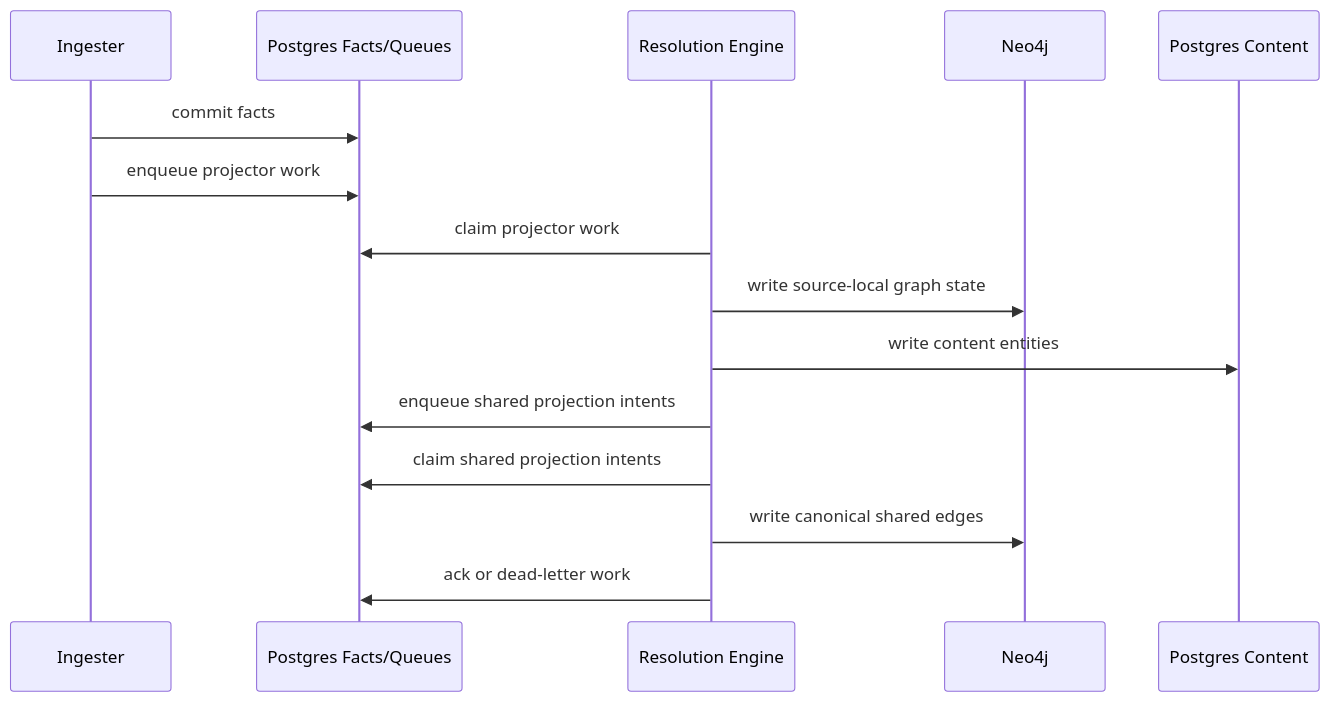
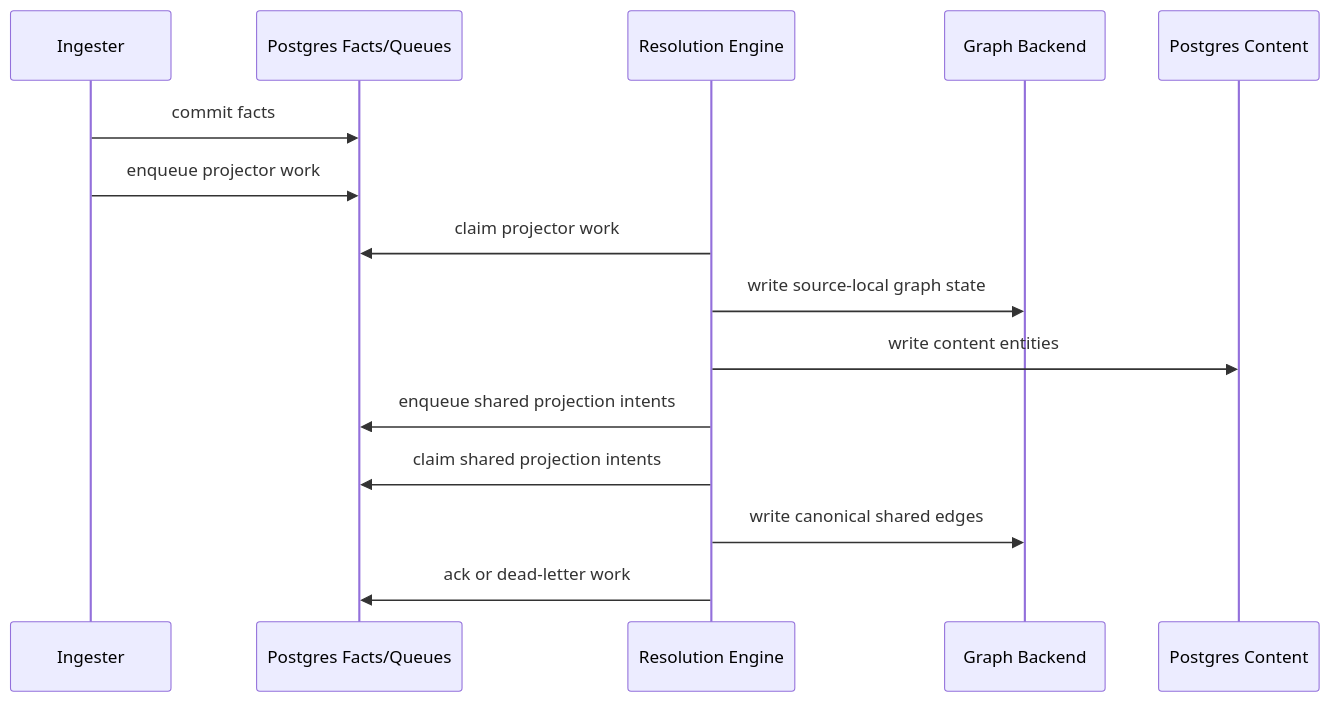
One commit to platformcontext/platform-context-graph changed the second of 3 diagrams in docs/docs/architecture.md. Above: the diagram before and after it, drawn with Mermaid. The commit also changed other lines of this file and 153 other files, not shown here.

````diff
--- a/docs/docs/architecture.md
+++ b/docs/docs/architecture.md
@@ -168,18 +174,18 @@
 ```mermaid
 sequenceDiagram
   participant Ingester
   participant Postgres as Postgres Facts/Queues
   participant Reducer as Resolution Engine
-  participant Neo4j
+  participant Graph as Graph Backend
   participant Content as Postgres Content
 
   Ingester->>Postgres: commit facts
   Ingester->>Postgres: enqueue projector work
   Reducer->>Postgres: claim projector work
-  Reducer->>Neo4j: write source-local graph state
+  Reducer->>Graph: write source-local graph state
   Reducer->>Content: write content entities
   Reducer->>Postgres: enqueue shared projection intents
   Reducer->>Postgres: claim shared projection intents
-  Reducer->>Neo4j: write canonical shared edges
+  Reducer->>Graph: write canonical shared edges
   Reducer->>Postgres: ack or dead-letter work
 ```
````
